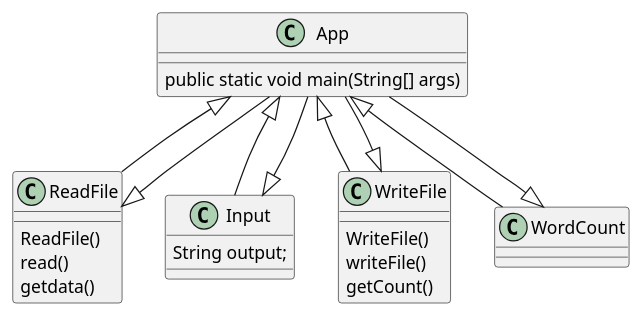
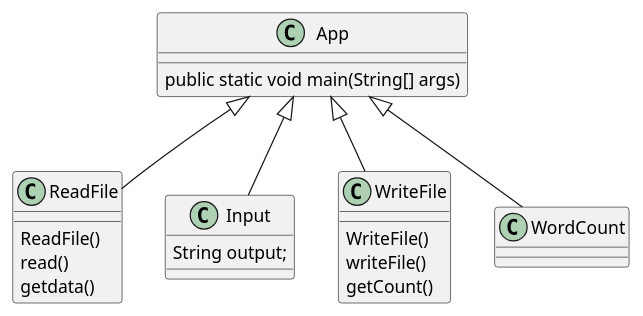
The diagram in src/main/java/org/example/ex45/ex45.puml (patrickmac123/mac-cop3303-assignment3), drawn with PlantUML before and after one commit. The commit also changed 2 other files, not shown here.

```diff
--- a/src/main/java/org/example/ex45/ex45.puml
+++ b/src/main/java/org/example/ex45/ex45.puml
@@ -1,32 +1,29 @@
 @startuml
 
 class App
 {
 public static void main(String[] args)
 
 }
 class ReadFile
 {
 ReadFile()
 read()
 getdata()
 }
 class Input
 {
     String output;
 }
 class WriteFile
 {
 WriteFile()
 writeFile()
 getCount()
 }
 App <|-- WriteFile
 App <|-- WordCount
 App <|-- ReadFile
 App <|-- Input
-WriteFile <|-- App
-WordCount <|-- App
-ReadFile <|-- App
-Input <|-- App
+
 @enduml
```
